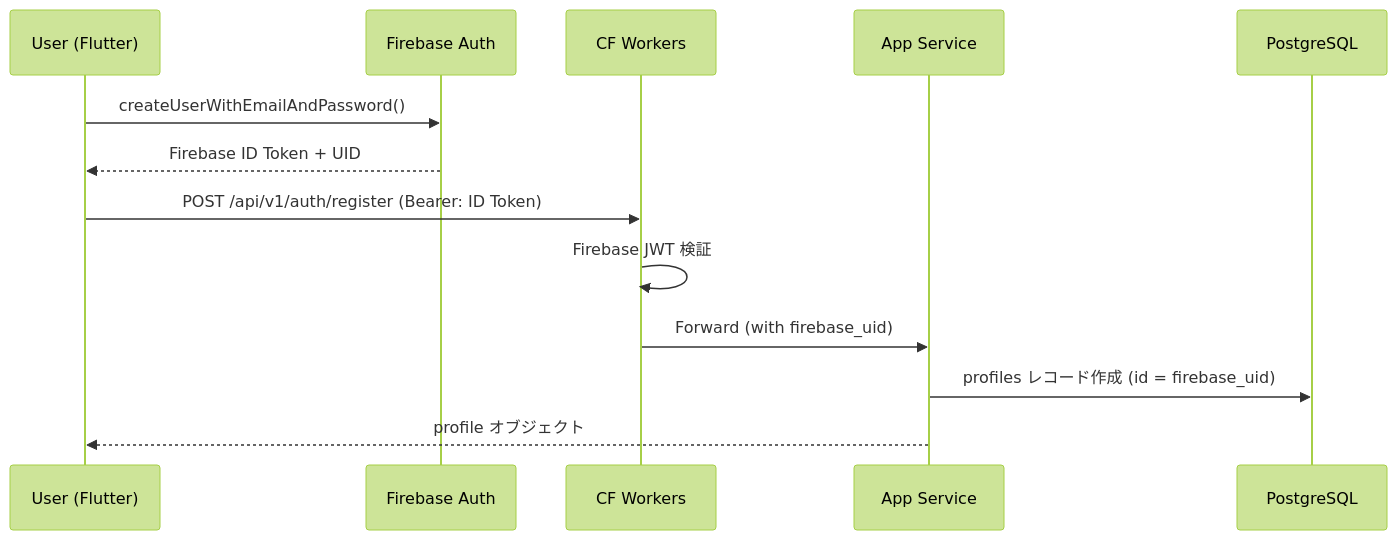
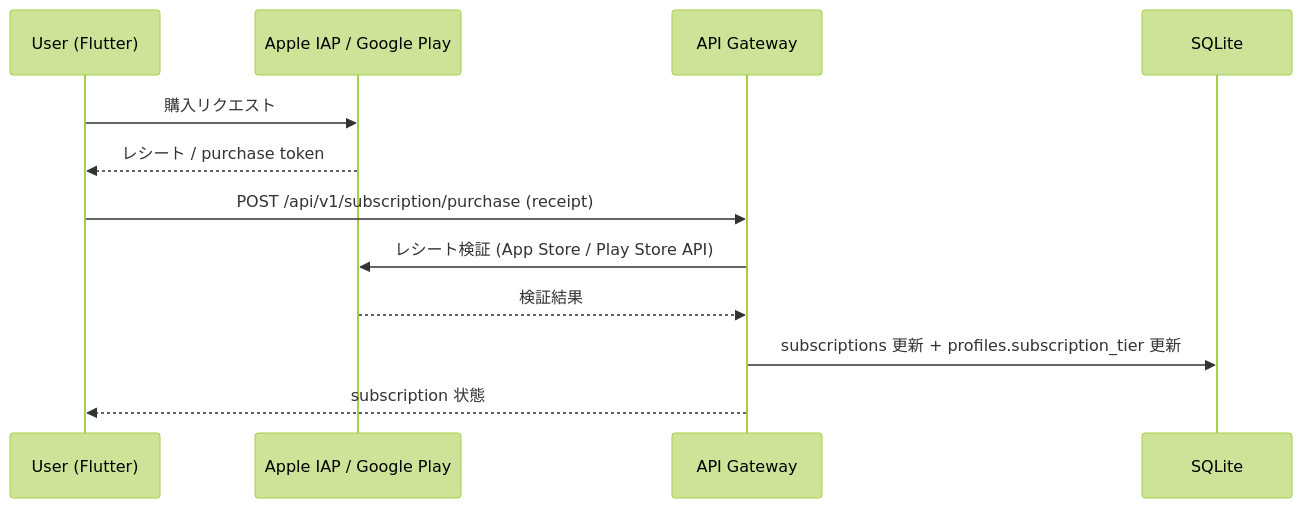
One commit to cjttca-cd/gaijin-life-navi changed the fifth of 5 diagrams in architecture/SYSTEM_DESIGN.md. Above: the diagram before and after it, drawn with Mermaid (forest theme). The commit also changed other lines of this file and 30 other files, not shown here.

````diff
--- a/architecture/SYSTEM_DESIGN.md
+++ b/architecture/SYSTEM_DESIGN.md
@@ -217,16 +306,15 @@
 ```mermaid
 sequenceDiagram
     participant U as User (Flutter)
-    participant FB as Firebase Auth
-    participant CF as CF Workers
-    participant API as App Service
-    participant DB as PostgreSQL
+    participant IAP as Apple IAP / Google Play
+    participant GW as API Gateway
+    participant DB as SQLite
 
-    U->>FB: createUserWithEmailAndPassword()
-    FB-->>U: Firebase ID Token + UID
-    U->>CF: POST /api/v1/auth/register (Bearer: ID Token)
-    CF->>CF: Firebase JWT 検証
-    CF->>API: Forward (with firebase_uid)
-    API->>DB: profiles レコード作成 (id = firebase_uid)
-    API-->>U: profile オブジェクト
+    U->>IAP: 購入リクエスト
+    IAP-->>U: レシート / purchase token
+    U->>GW: POST /api/v1/subscription/purchase (receipt)
+    GW->>IAP: レシート検証 (App Store / Play Store API)
+    IAP-->>GW: 検証結果
+    GW->>DB: subscriptions 更新 + profiles.subscription_tier 更新
+    GW-->>U: subscription 状態
 ```
````
